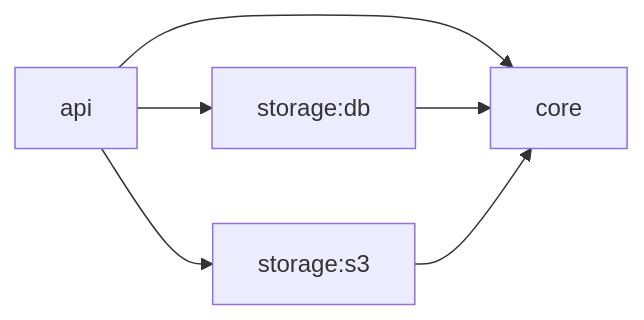
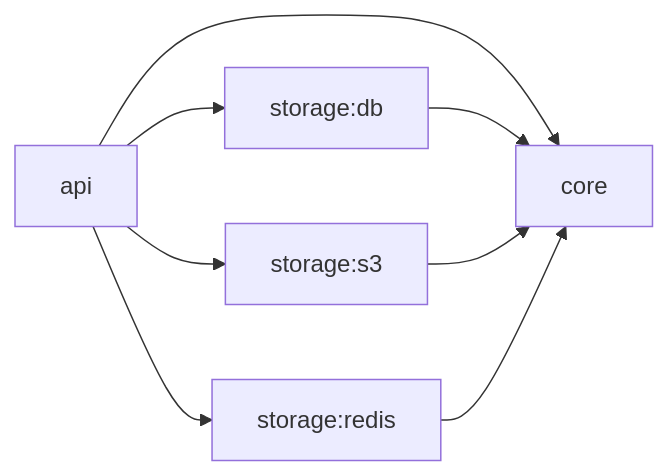
Before and after one commit to Uplus-GETDDO/getddo-be: the second of 25 diagrams in README.md, drawn with Mermaid. The commit also changed other lines of this file and 43 other files, not shown here.

Commit message:
refactor: GD-144 Redis 저장소 모듈과 core 제한기 계약 분리

````diff
--- a/README.md
+++ b/README.md
@@ -80,8 +80,10 @@
 ```mermaid
 flowchart LR
     API["api"] --> Core["core"]
     API --> DB["storage:db"]
     API --> S3["storage:s3"]
+    API --> Redis["storage:redis"]
     DB --> Core
     S3 --> Core
+    Redis --> Core
 ```
````
